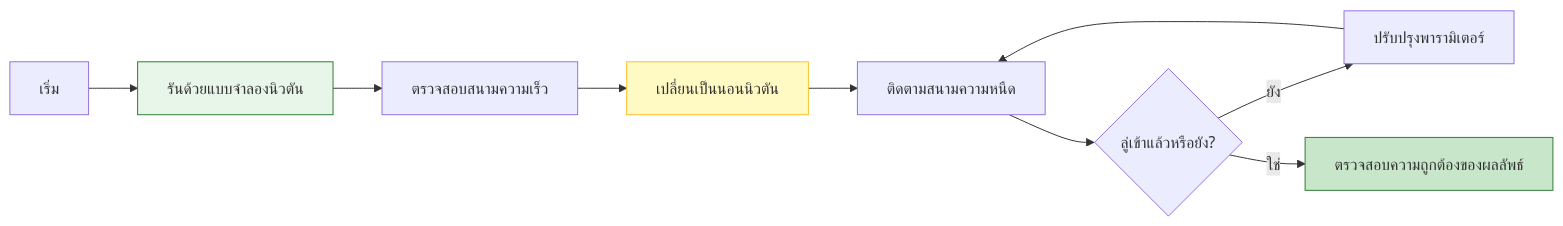
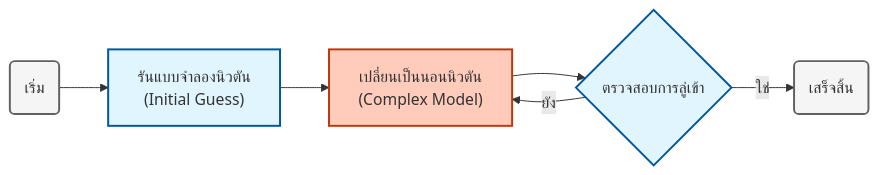
One commit to wramet/build-my-cfd changed the second of 3 diagrams in MODULE_06_ADVANCED_PHYSICS/CONTENT/04_NON_NEWTONIAN_FLUIDS/05_Practical_Usage.md. Above: the diagram before and after it, drawn with Mermaid. The commit also changed other lines of this file and 313 other files, not shown here.

Commit message:
Revise all diagram

````diff
--- a/MODULE_06_ADVANCED_PHYSICS/CONTENT/04_NON_NEWTONIAN_FLUIDS/05_Practical_Usage.md
+++ b/MODULE_06_ADVANCED_PHYSICS/CONTENT/04_NON_NEWTONIAN_FLUIDS/05_Practical_Usage.md
@@ -517,15 +513,15 @@
 ```mermaid
-flowchart LR
-    A[เริ่ม] --> B[รันด้วยแบบจำลองนิวตัน]
-    B --> C[ตรวจสอบสนามความเร็ว]
-    C --> D[เปลี่ยนเป็นนอนนิวตัน]
-    D --> E[ติดตามสนามความหนืด]
-    E --> F{ลู่เข้าแล้วหรือยัง?};
-    F -- ยัง --> G[ปรับปรุงพารามิเตอร์]
-    G --> E
-    F -- ใช่ --> H[ตรวจสอบความถูกต้องของผลลัพธ์]
+graph LR
+classDef implicit fill:#e1f5fe,stroke:#01579b,stroke-width:2px
+classDef explicit fill:#ffccbc,stroke:#bf360c,stroke-width:2px
+classDef context fill:#f5f5f5,stroke:#616161,stroke-width:2px
+Start("เริ่ม"):::context
+Newton["รันแบบจำลองนิวตัน<br/>(Initial Guess)"]:::implicit
+NonNewton["เปลี่ยนเป็นนอนนิวตัน<br/>(Complex Model)"]:::explicit
+Check{"ตรวจสอบการลู่เข้า"}:::implicit
+End("เสร็จสิ้น"):::context
 
-    style B fill:#e8f5e9,stroke:#2e7d32
-    style D fill:#fff9c4,stroke:#fbc02d
-    style H fill:#c8e6c9,stroke:#2e7d32
+Start --> Newton --> NonNewton --> Check
+Check -- ยัง --> NonNewton
+Check -- ใช่ --> End
 ```
````
